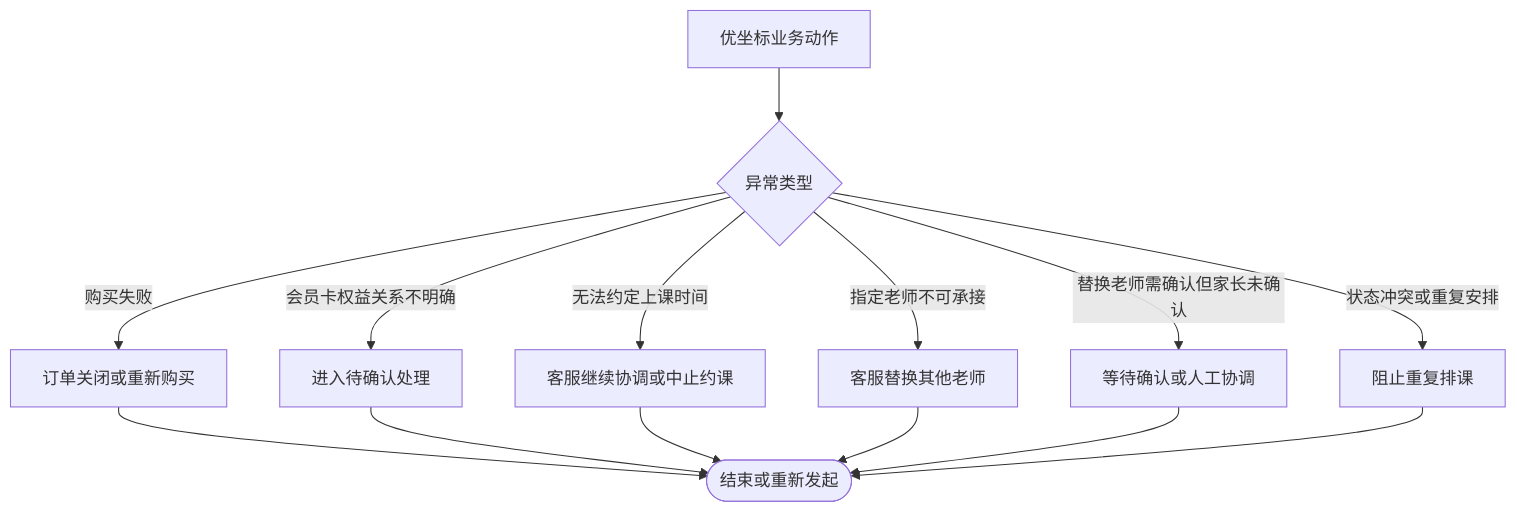
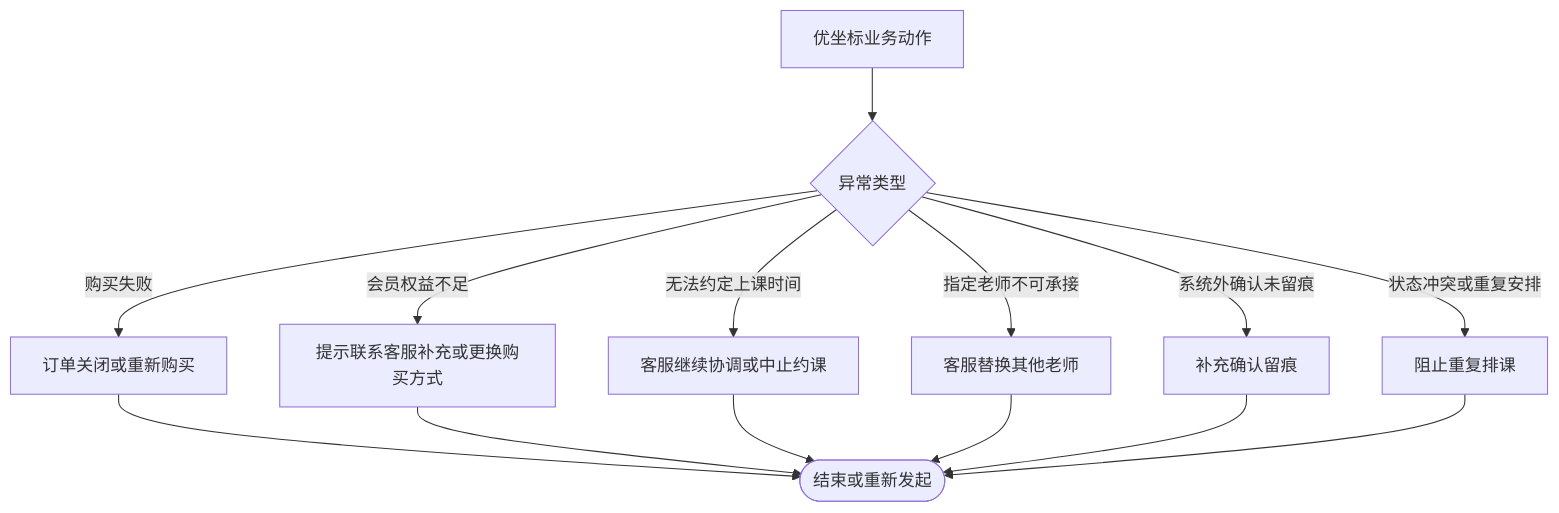
One commit to xyf394175606-arch/yzb changed the fourth of 5 diagrams in 06_业务流程/业务流程_优坐标B2C流程_v1_20260603.md. Above: the diagram before and after it, drawn with Mermaid. The commit also changed other lines of this file and 8 other files, not shown here.

````diff
--- a/06_业务流程/业务流程_优坐标B2C流程_v1_20260603.md
+++ b/06_业务流程/业务流程_优坐标B2C流程_v1_20260603.md
@@ -340,16 +340,16 @@
 ```mermaid
 flowchart TD
   A[优坐标业务动作] --> B{异常类型}
   B -->|购买失败| E1[订单关闭或重新购买]
-  B -->|会员卡权益关系不明确| E2[进入待确认处理]
+  B -->|会员权益不足| E2[提示联系客服补充或更换购买方式]
   B -->|无法约定上课时间| E3[客服继续协调或中止约课]
   B -->|指定老师不可承接| E4[客服替换其他老师]
-  B -->|替换老师需确认但家长未确认| E5[等待确认或人工协调]
+  B -->|系统外确认未留痕| E5[补充确认留痕]
   B -->|状态冲突或重复安排| E6[阻止重复排课]
   E1 --> F([结束或重新发起])
   E2 --> F
   E3 --> F
   E4 --> F
   E5 --> F
   E6 --> F
 ```
````
